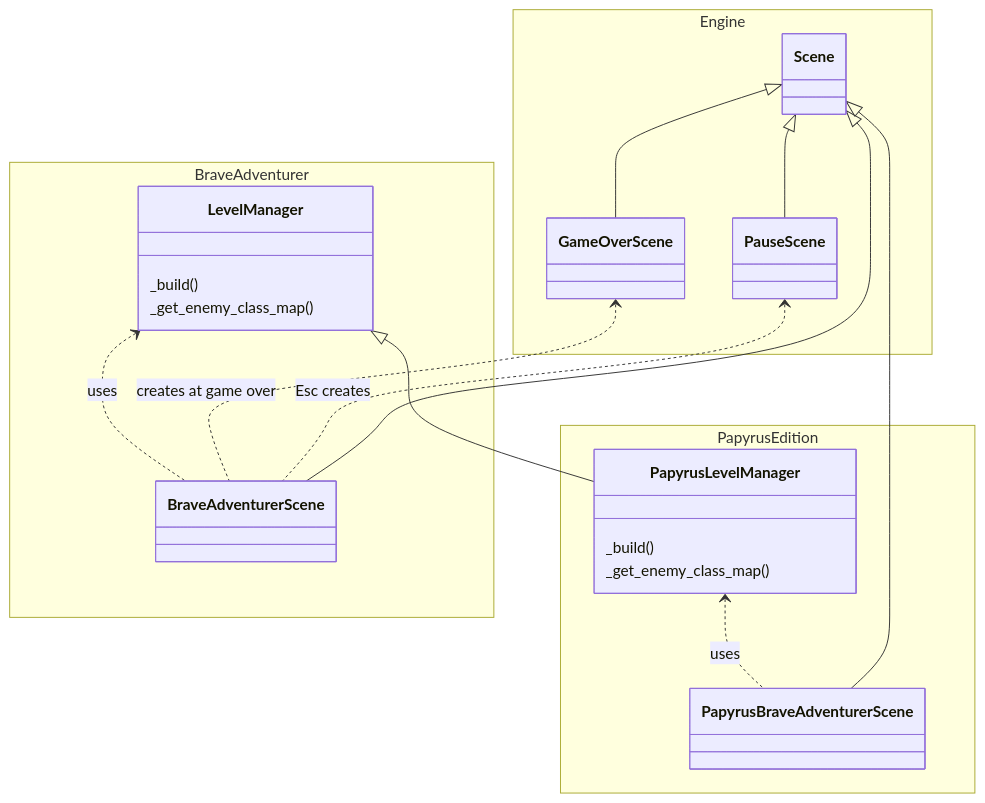
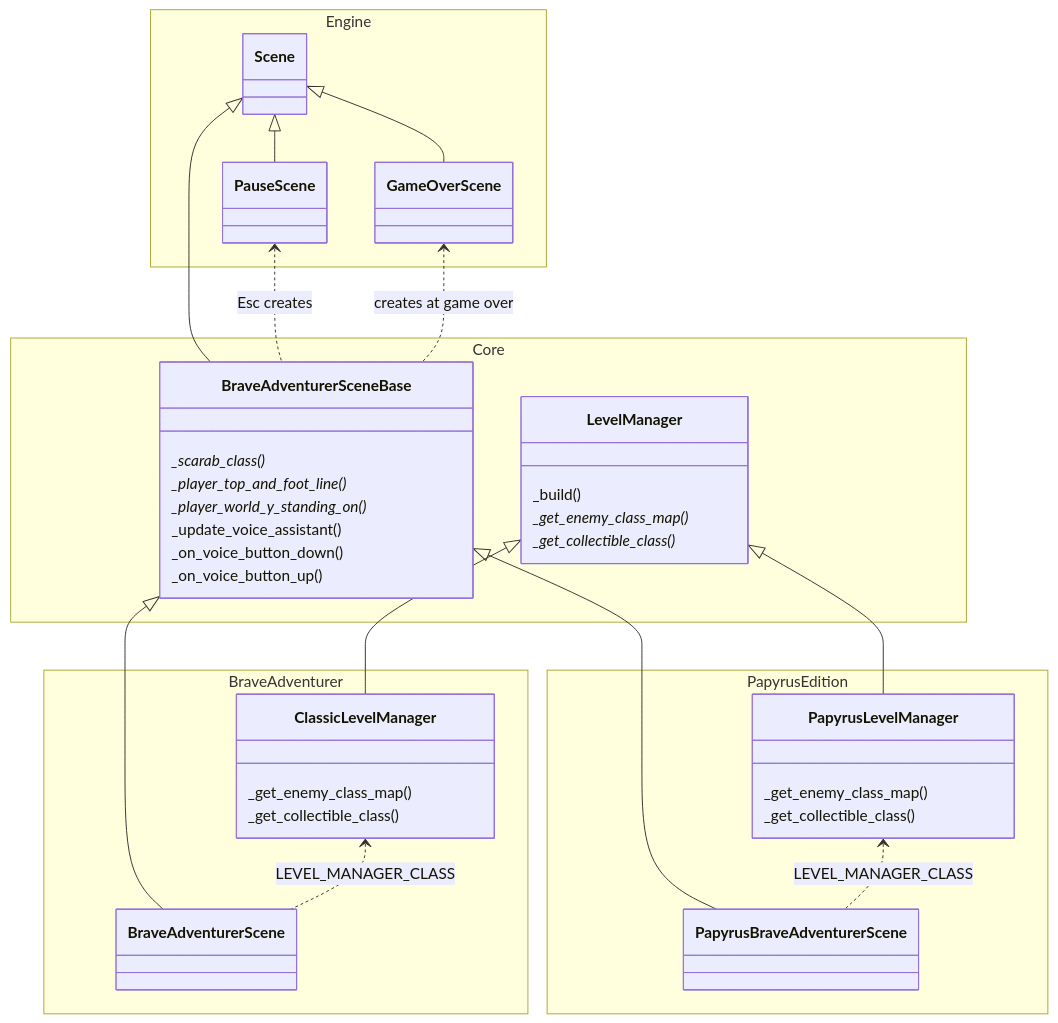
Before and after one commit to terrysimons/glitchygames: the seventh of 8 diagrams in docs/games/brave_adventurer.md, drawn with Mermaid. The commit also changed other lines of this file and 351 other files, not shown here.

````diff
--- a/docs/games/brave_adventurer.md
+++ b/docs/games/brave_adventurer.md
@@ -531,34 +617,51 @@
 ```mermaid
 classDiagram
     direction TB
     namespace Engine {
         class Scene
         class PauseScene
         class GameOverScene
     }
+    namespace Core {
+        class BraveAdventurerSceneBase {
+            _scarab_class()*
+            _player_top_and_foot_line()*
+            _player_world_y_standing_on()*
+            _update_voice_assistant()
+            _on_voice_button_down()
+            _on_voice_button_up()
+        }
+        class LevelManager {
+            _build()
+            _get_enemy_class_map()*
+            _get_collectible_class()*
+        }
+    }
     namespace BraveAdventurer {
         class BraveAdventurerScene
-        class LevelManager {
-            _build()
+        class ClassicLevelManager {
             _get_enemy_class_map()
+            _get_collectible_class()
         }
     }
     namespace PapyrusEdition {
         class PapyrusBraveAdventurerScene
         class PapyrusLevelManager {
-            _build()
             _get_enemy_class_map()
+            _get_collectible_class()
         }
     }
 
     Scene <|-- PauseScene
     Scene <|-- GameOverScene
-    Scene <|-- BraveAdventurerScene
-    Scene <|-- PapyrusBraveAdventurerScene
+    Scene <|-- BraveAdventurerSceneBase
+    BraveAdventurerSceneBase <|-- BraveAdventurerScene
+    BraveAdventurerSceneBase <|-- PapyrusBraveAdventurerScene
+    LevelManager <|-- ClassicLevelManager
     LevelManager <|-- PapyrusLevelManager
 
-    PauseScene <.. BraveAdventurerScene : Esc creates
-    GameOverScene <.. BraveAdventurerScene : creates at game over
-    LevelManager <.. BraveAdventurerScene : uses
-    PapyrusLevelManager <.. PapyrusBraveAdventurerScene : uses
+    PauseScene <.. BraveAdventurerSceneBase : Esc creates
+    GameOverScene <.. BraveAdventurerSceneBase : creates at game over
+    ClassicLevelManager <.. BraveAdventurerScene : LEVEL_MANAGER_CLASS
+    PapyrusLevelManager <.. PapyrusBraveAdventurerScene : LEVEL_MANAGER_CLASS
 ```
````
